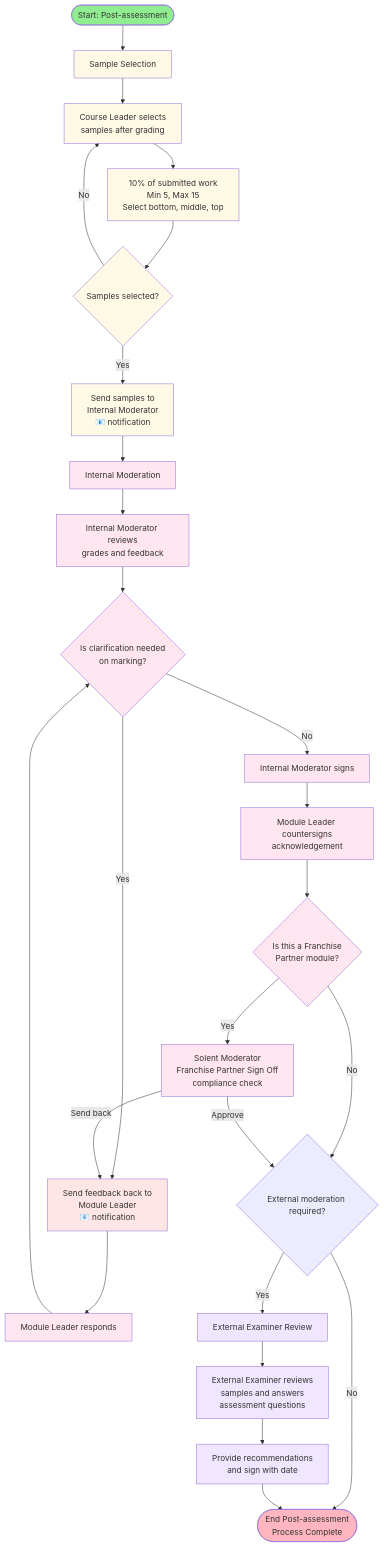
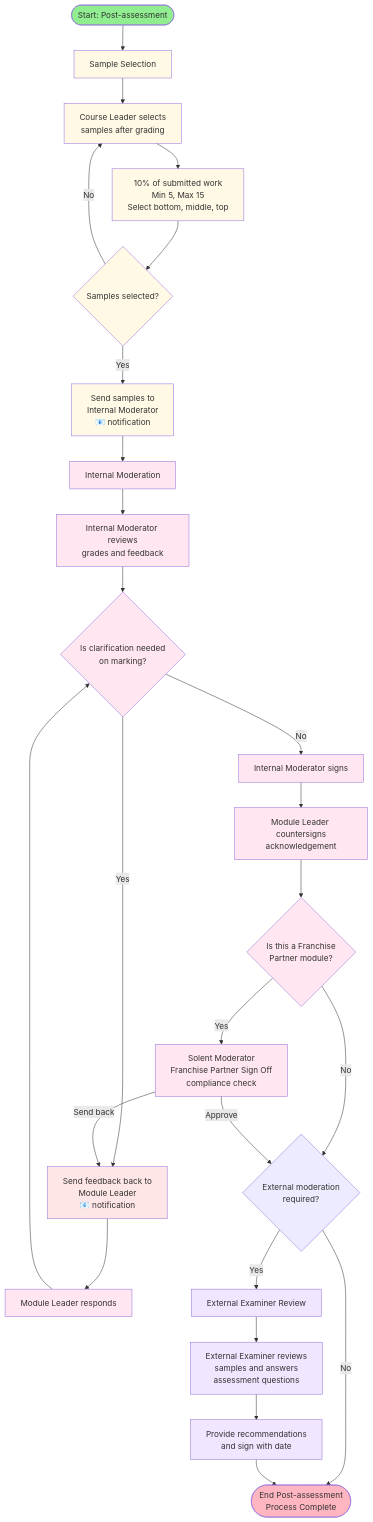
One commit to martinsolent/mod_prototype changed the second of 2 diagrams in flow_chart/mod_flow_chart.md. Above: the diagram before and after it, drawn with Mermaid. The commit also changed other lines of this file, not shown here.

Commit message:
Wrap long decision labels (AB4, IM8) to prevent cutoff

````diff
--- a/flow_chart/mod_flow_chart.md
+++ b/flow_chart/mod_flow_chart.md
@@ -31,45 +31,45 @@
 ```mermaid
 flowchart TD
     %% Workflow B: Post-assessment (after grading)
     StartB([Start: Post-assessment]) --> SS[Sample Selection]
     
     SS --> SS1[Course Leader selects
     samples after grading]
     SS1 --> SS2[10% of submitted work<br/>Min 5, Max 15<br/>Select bottom, middle, top]
     SS2 --> SS3{Samples selected?}
     SS3 -->|No| SS1
         SS3 -->|Yes| SS4[Send samples to<br/>Internal Moderator<br/>📧 notification]
     SS4 --> IM[Internal Moderation]
     
     IM --> IM1[Internal Moderator reviews<br/>grades and feedback]
     IM1 --> IM2{Is clarification needed<br/>on marking?}
         IM2 -->|Yes| IM3[Send feedback back to<br/>Module Leader<br/>📧 notification]
     IM3 --> IM4[Module Leader responds]
     IM4 --> IM2
     IM2 -->|No| IM5[Internal Moderator signs]
     IM5 --> IM6[Module Leader countersigns<br/>acknowledgement]
     IM6 --> IM7{Is this a Franchise<br/>Partner module?}
-    IM7 -->|No| IM8{External moderation required?}
+    IM7 -->|No| IM8{External moderation<br/>required?}
     IM7 -->|Yes| IMFP[Solent Moderator<br/>Franchise Partner Sign Off<br/>compliance check]
     IMFP -->|Send back| IM3
-    IMFP -->|Approve| IM8{External moderation required?}
+    IMFP -->|Approve| IM8{External moderation<br/>required?}
     
     IM8 -->|No| EndB([End Post-assessment<br/>Process Complete])
     IM8 -->|Yes| EE[External Examiner Review]
     EE --> EE1[External Examiner reviews<br/>samples and answers<br/>assessment questions]
     EE1 --> EE2[Provide recommendations<br/>and sign with date]
     EE2 --> EndB
     
     classDef start fill:#90EE90
     classDef endNode fill:#FFB6C1
     classDef sample fill:#FFF9E6
     classDef mod fill:#FFE6F0
     classDef external fill:#F0E6FF
     classDef warn fill:#FFE6E6
     class StartB start
     class EndB endNode
     class SS,SS1,SS2,SS3,SS4 sample
     class IM,IM1,IM2,IM3,IM4,IM5,IM6,IM7,IMFP mod
     class EE,EE1,EE2 external
     class IM3 warn
 ```
````
